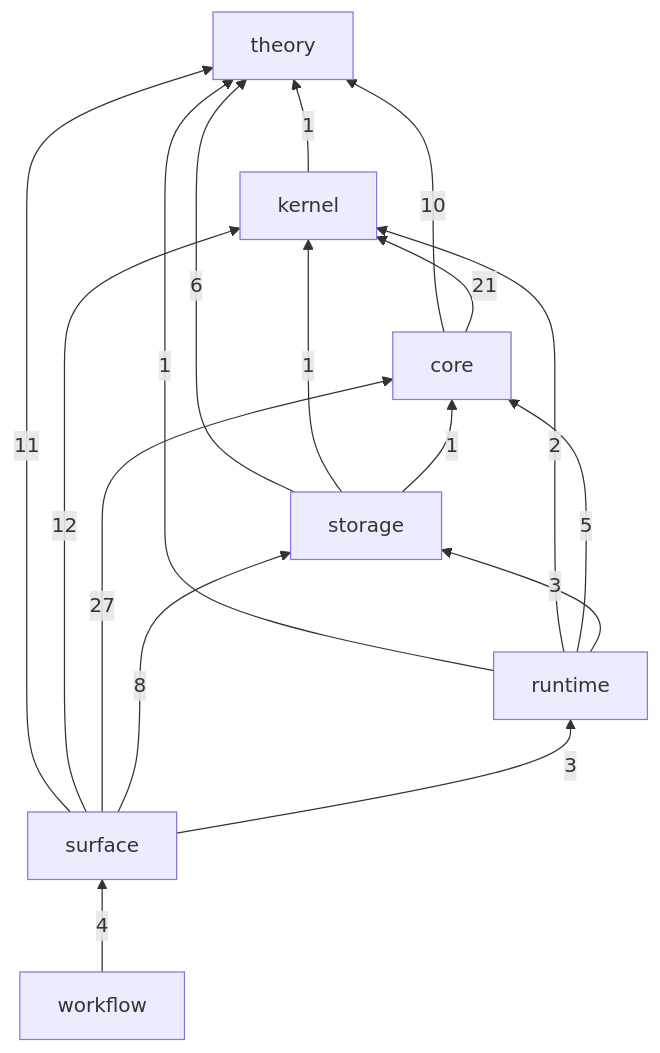
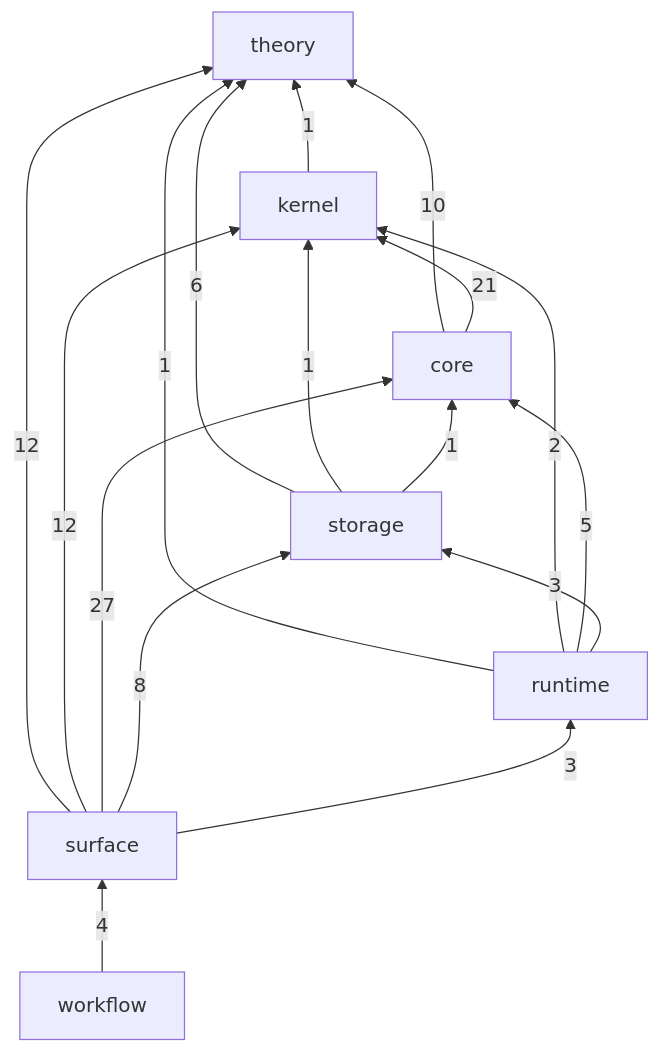
One commit to gandr-lang/gandr changed the diagram in ledger/README.md. Above: the diagram before and after it, drawn with Mermaid. The commit also changed 44 other files, not shown here.

````diff
--- a/ledger/README.md
+++ b/ledger/README.md
@@ -28,26 +28,26 @@
 ```mermaid
 flowchart BT
   theory
   kernel
   core
   storage
   runtime
   surface
   workflow
   kernel -->|1| theory
   core -->|10| theory
   core -->|21| kernel
   storage -->|6| theory
   storage -->|1| kernel
   storage -->|1| core
   runtime -->|1| theory
   runtime -->|2| kernel
   runtime -->|5| core
   runtime -->|3| storage
-  surface -->|11| theory
+  surface -->|12| theory
   surface -->|12| kernel
   surface -->|27| core
   surface -->|8| storage
   surface -->|3| runtime
   workflow -->|4| surface
 ```
````
